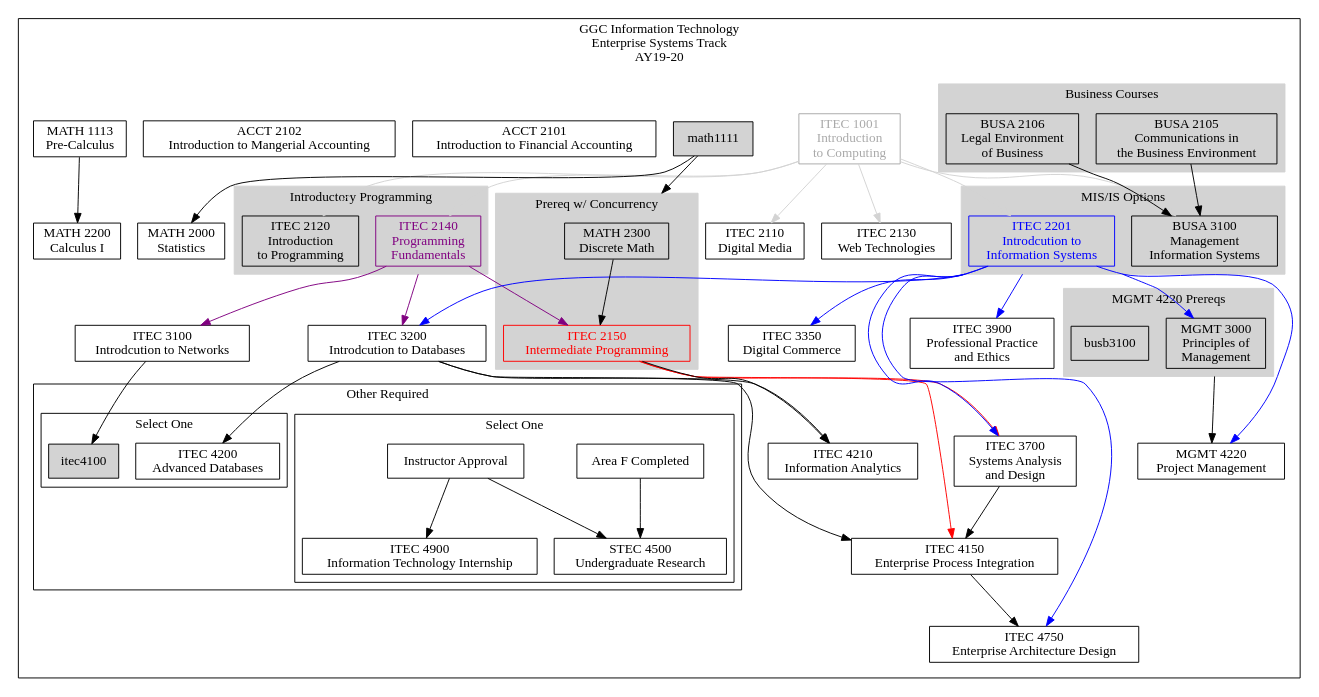
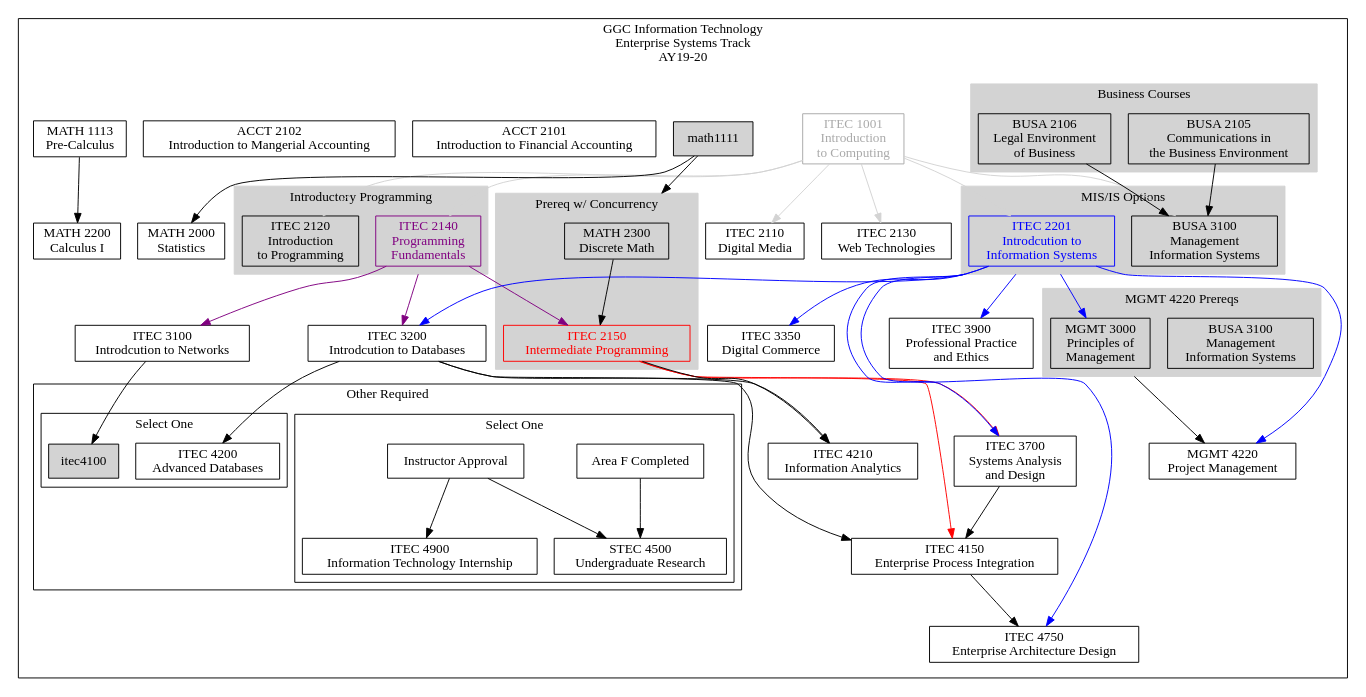
One commit to rjlutz/itec-plans changed the diagram in AY19-20/EnterpriseSystems.dot. Above: the diagram before and after it, drawn with Graphviz. The commit also changed 7 other files, not shown here.

```diff
--- a/AY19-20/EnterpriseSystems.dot
+++ b/AY19-20/EnterpriseSystems.dot
@@ -1,151 +1,151 @@
 digraph G {
 
     node [shape = record, fontname="Sans serif" fontsize="14"];
     compound = true //  needed to link clusters and nodes
     splines = true
     ranksep=0.75
 
      // All
     itec1001[label = "ITEC 1001\nIntroduction \nto Computing" color=darkgray fontcolor=darkgray]
     itec2110[label = "ITEC 2110\nDigital Media"]
     itec2120[label = "ITEC 2120\nIntroduction\nto Programming"]
     itec2130[label = "ITEC 2130\nWeb Technologies"]
     itec2140[label = "ITEC 2140\nProgramming \nFundamentals" color=purple fontcolor=purple]
     itec2150[label = "ITEC 2150\nIntermediate Programming" color=red fontcolor=red]
     itec2201[label = "ITEC 2201\nIntrodcution to\nInformation Systems" color=blue fontcolor=blue]
     itec3100[label = "ITEC 3100\nIntrodcution to Networks"]
     itec3200[label = "ITEC 3200\nIntrodcution to Databases"]
     itec3900[label = "ITEC 3900\nProfessional Practice\nand Ethics"]
     busa2105[label = "BUSA 2105\nCommunications in\nthe Business Environment"]
     busa2106[label = "BUSA 2106\nLegal Environment\nof Business"]
     busa3100[label = "BUSA 3100\nManagement \nInformation Systems"]
+    busb3100[label = "BUSA 3100\nManagement \nInformation Systems"] //  a hack, a copy for ES 
     math1113[label = "MATH 1113\nPre-Calculus"]
     math2300[label = "MATH 2300\nDiscrete Math"]
     math2000[label = "MATH 2000\nStatistics"]
     math2200[label = "MATH 2200\nCalculus I"]
     mgmt3000[label = "MGMT 3000\nPrinciples of\nManagement"]
 
     // Enterprise Systems
     itec3350[label = "ITEC 3350\nDigital Commerce"]
     itec3700[label = "ITEC 3700\nSystems Analysis\nand Design"]
     itec4150[label = "ITEC 4150\nEnterprise Process Integration"]
     itec4200[label = "ITEC 4200\nAdvanced Databases"]
     itec4210[label = "ITEC 4210\nInformation Analytics"]
     itec4750[label = "ITEC 4750\nEnterprise Architecture Design"]
     itec4900[label = "ITEC 4900\nInformation Technology Internship"]
     stec4500[label = "STEC 4500\nUndergraduate Research"]
     areaF[label = "Area F Completed"]
     instructorapproval[label = "Instructor Approval"]
     acct2101[label = "ACCT 2101\nIntroduction to Financial Accounting"]
     acct2102[label = "ACCT 2102\nIntroduction to Mangerial Accounting"]
-    mgmt3000[label = "MGMT 3000\nPrinciples of\nManagement"]
     mgmt4220[label = "MGMT 4220\nProject Management"]
 
 
     subgraph clusteres {
         label="GGC Information Technology\nEnterprise Systems Track\nAY19-20"
 
         subgraph clusterrequired {
             label=""
             node [style=filled];
             style=filled;
 
             color="#FFFFFF";
 
             acct2101
             acct2102
             itec1001 -> itec2110 [color=lightgray]
 
             itec1001 -> itec2120 [color=lightgray]
             itec1001 -> itec2130 [color=lightgray]
             itec1001 -> itec2201 [color=lightgray]
             itec1001 -> busa3100 [color=lightgray]
             itec2140 -> itec2150 [color=purple]
             itec2140 -> itec3100 [color=purple]
             itec2201 -> itec3200 [ltail=cluster22013100 color=blue]
             itec2140 -> itec3200 [ltail=cluster21202140 color=purple]
 
             itec2201 -> itec3350 [ltail=cluster22013100 color=blue]
             itec2150 -> itec4150 [color=red]
             itec3200 -> itec4150
             itec3700 -> itec4150
             itec2201 -> itec4750 [color=blue]
             itec4150 -> itec4750
             itec2201 -> mgmt4220 [color=blue]
             mgmt3000 -> mgmt4220 [ltail=cluster30003100]
             itec2150 -> itec4210
             itec3200 -> itec4210
             itec3100 -> itec4100
             itec3200 -> itec4200
 
             busa2106 -> busa3100
             busa2105 -> busa3100
             itec1001 -> itec2140 [color=lightgray]
 
             itec2150 -> itec3700 [lltail=clusterdiscrete color=red]
             itec2201 -> itec3700 [color=blue]
 
             itec2201 -> itec3900 [ltail=cluster22013100 color=blue]
             itec2201 -> mgmt3000 [ltail=cluster22013100 color=blue]
 
             math1113 -> math2200
             math1111 -> math2000
             math1111 -> math2300 [lhead=clusterdiscrete]
 
             subgraph cluster21202140 {
                 label = "Introductory Programming";
                 color=lightgrey;
                 itec2120
                 itec2140
             }
             subgraph cluster30003100 {
                 label = "MGMT 4220 Prereqs";
                 color=lightgrey;
                 busb3100
                 mgmt3000
                 
             }
             subgraph cluster22013100 {
                 label = "MIS/IS Options";
                 color=lightgrey;
                 busa3100
                 itec2201
             }
             subgraph cluster21052106 {
                 label = "Business Courses"
                 color=lightgrey;
                 busa2105
                 busa2106
             }
             
             subgraph clusterdiscrete {
                 label = "Prereq w/ Concurrency";
                 node [style=filled];
                 style=filled;
                 color=lightgrey;
                 math2300 -> itec2150
             }
 
             subgraph clusterotherrequired {
                 label = "Other Required"
                 node [style=filled];
                 style=filled;
                 graph[style=solid]
                 color=black;
 
                 subgraph clusteritecopt1 {
                     label = "Select One";
                     areaF -> stec4500
                     instructorapproval -> stec4500
                     instructorapproval -> itec4900
                 }
 
                 subgraph clusteritecopt2 {
                     label = "Select One";
                     itec4100
                     itec4200
                 }
             }
         }    
     }
 }
```
